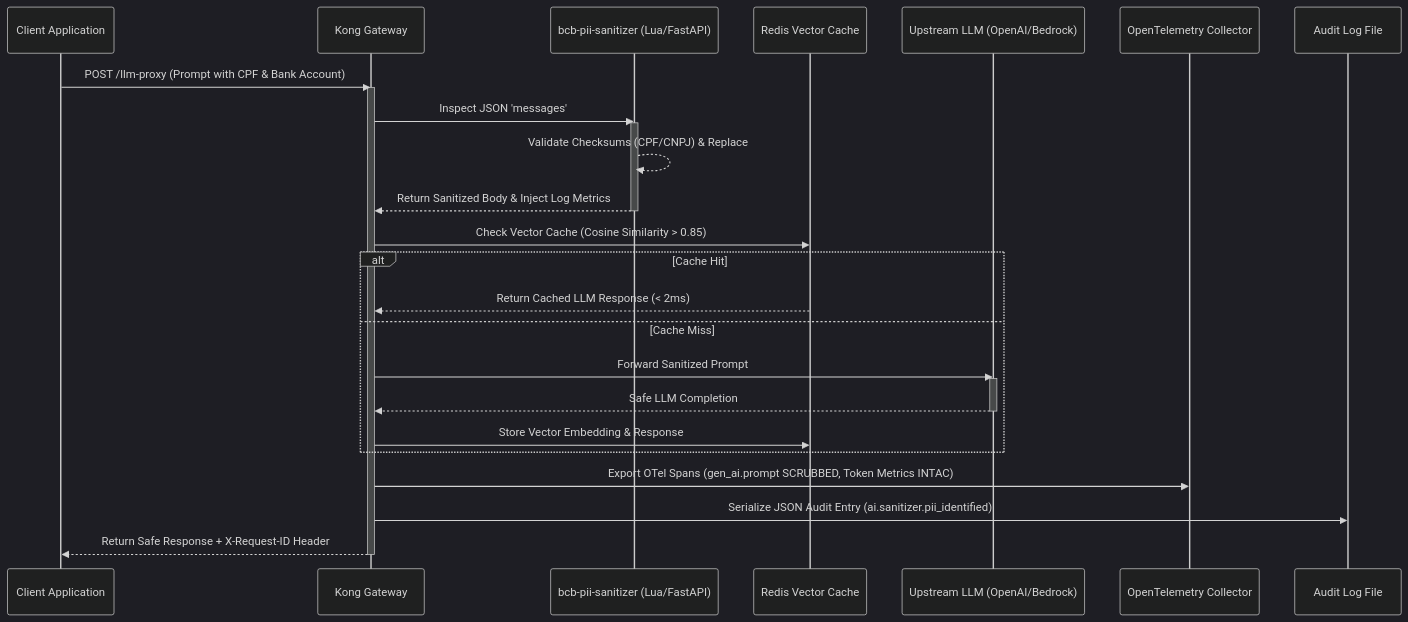
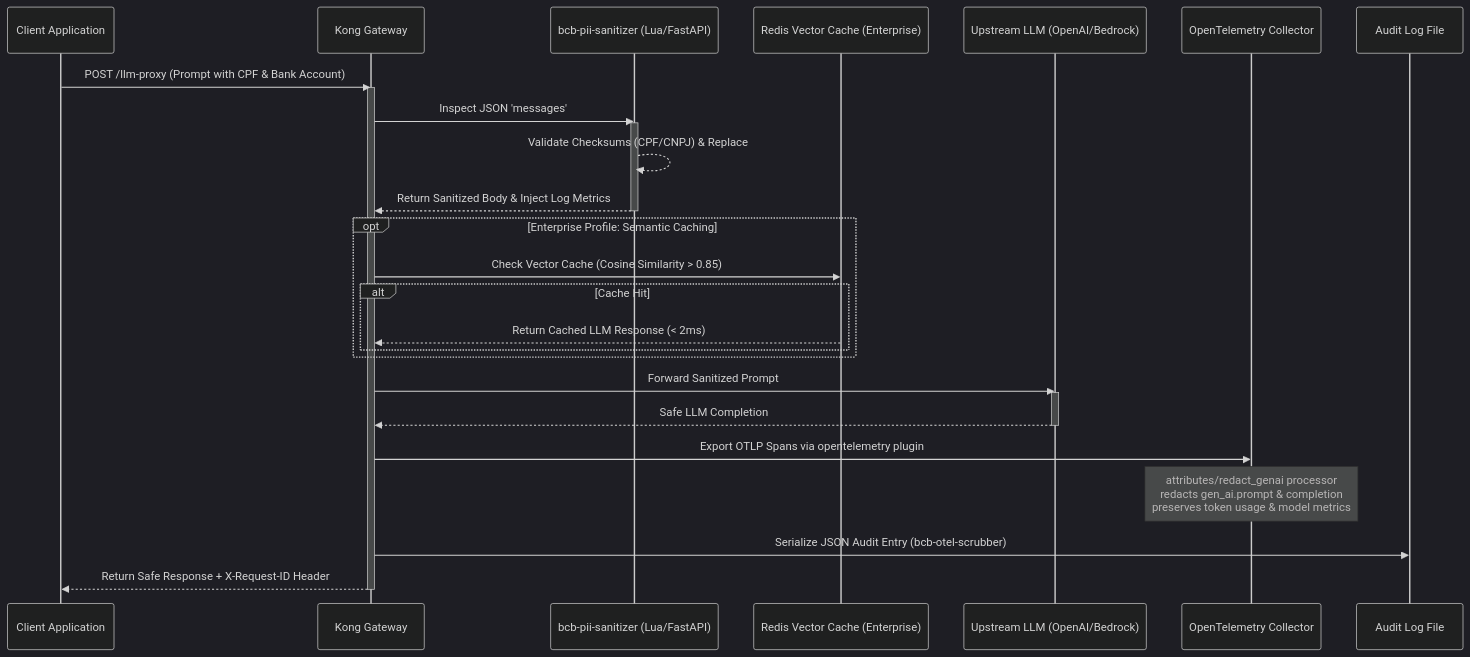
One commit to vfcarida/kong-ai-gateway-bcb-compliance changed the second of 2 diagrams in README.md. Above: the diagram before and after it, drawn with Mermaid (dark theme). The commit also changed other lines of this file and 17 other files, not shown here.

````diff
--- a/README.md
+++ b/README.md
@@ -98,34 +110,36 @@
 ```mermaid
 sequenceDiagram
     participant App as Client Application
     participant Kong as Kong Gateway
     participant PII as bcb-pii-sanitizer (Lua/FastAPI)
-    participant Redis as Redis Vector Cache
+    participant Redis as Redis Vector Cache (Enterprise)
     participant LLM as Upstream LLM (OpenAI/Bedrock)
     participant OTel as OpenTelemetry Collector
     participant Log as Audit Log File
 
     App->>Kong: POST /llm-proxy (Prompt with CPF & Bank Account)
     activate Kong
     Kong->>PII: Inspect JSON 'messages'
     activate PII
     PII-->>PII: Validate Checksums (CPF/CNPJ) & Replace
     PII-->>Kong: Return Sanitized Body & Inject Log Metrics
     deactivate PII
 
-    Kong->>Redis: Check Vector Cache (Cosine Similarity > 0.85)
-    alt Cache Hit
-        Redis-->>Kong: Return Cached LLM Response (< 2ms)
-    else Cache Miss
-        Kong->>LLM: Forward Sanitized Prompt
-        activate LLM
-        LLM-->>Kong: Safe LLM Completion
-        deactivate LLM
-        Kong->>Redis: Store Vector Embedding & Response
+    opt Enterprise Profile: Semantic Caching
+        Kong->>Redis: Check Vector Cache (Cosine Similarity > 0.85)
+        alt Cache Hit
+            Redis-->>Kong: Return Cached LLM Response (< 2ms)
+        end
     end
 
-    Kong->>OTel: Export OTel Spans (gen_ai.prompt SCRUBBED, Token Metrics INTAC)
-    Kong->>Log: Serialize JSON Audit Entry (ai.sanitizer.pii_identified)
+    Kong->>LLM: Forward Sanitized Prompt
+    activate LLM
+    LLM-->>Kong: Safe LLM Completion
+    deactivate LLM
+
+    Kong->>OTel: Export OTLP Spans via opentelemetry plugin
+    Note over OTel: attributes/redact_genai processor<br/>redacts gen_ai.prompt & completion<br/>preserves token usage & model metrics
+    Kong->>Log: Serialize JSON Audit Entry (bcb-otel-scrubber)
     Kong-->>App: Return Safe Response + X-Request-ID Header
     deactivate Kong
 ```
````
